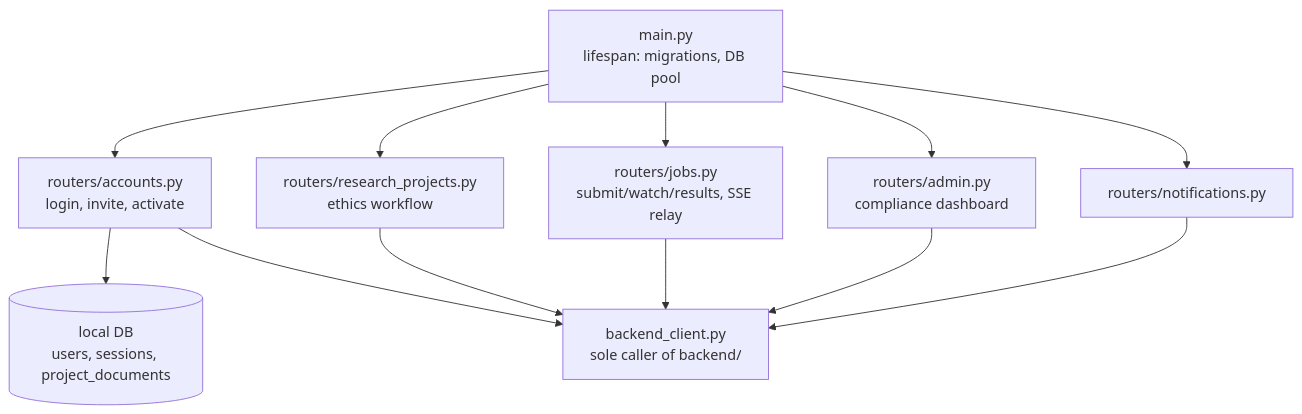
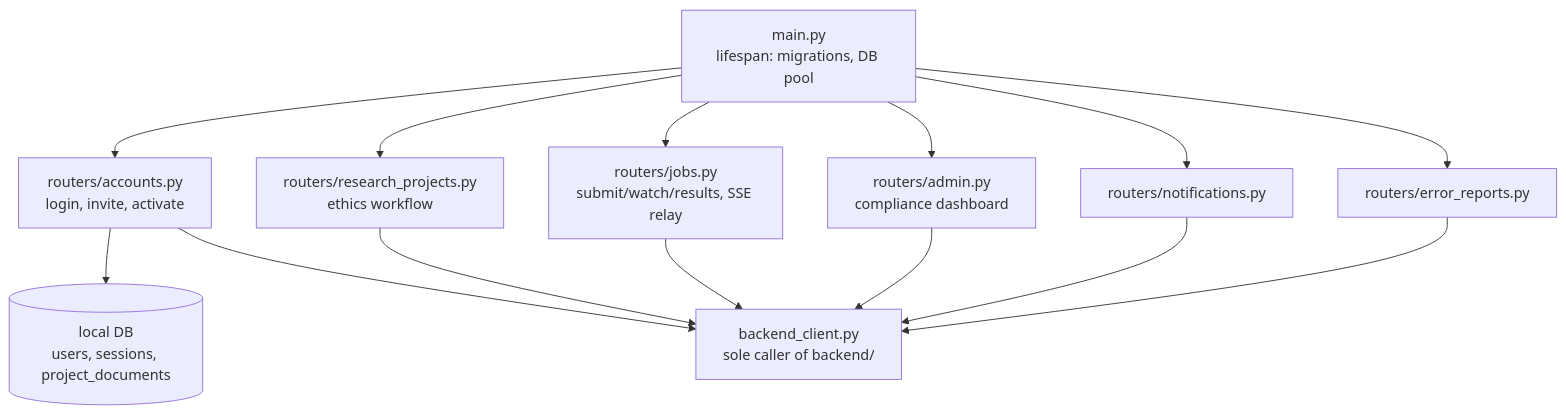
One commit to Christie-Scientific-Computing/HERMES changed the diagram in .architecture/domains/frontend_fastapi.md. Above: the diagram before and after it, drawn with Mermaid. The commit also changed other lines of this file and 2 other files, not shown here.

First line of the commit message:
Refresh architecture map for the ui-polish round + db-heads-merge changes

````diff
--- a/.architecture/domains/frontend_fastapi.md
+++ b/.architecture/domains/frontend_fastapi.md
@@ -16,23 +16,26 @@
 ```mermaid
 graph TD
     MAIN[main.py\nlifespan: migrations, DB pool]
     ACCOUNTS[routers/accounts.py\nlogin, invite, activate]
     PROJECTS[routers/research_projects.py\nethics workflow]
     JOBS[routers/jobs.py\nsubmit/watch/results, SSE relay]
     ADMIN[routers/admin.py\ncompliance dashboard]
     NOTIFS[routers/notifications.py]
+    ERRORREPORTS[routers/error_reports.py]
     CLIENT[backend_client.py\nsole caller of backend/]
     LOCALDB[(local DB\nusers, sessions, project_documents)]
 
     MAIN --> ACCOUNTS
     MAIN --> PROJECTS
     MAIN --> JOBS
     MAIN --> ADMIN
     MAIN --> NOTIFS
+    MAIN --> ERRORREPORTS
     ACCOUNTS --> LOCALDB
     ACCOUNTS --> CLIENT
     PROJECTS --> CLIENT
     JOBS --> CLIENT
     ADMIN --> CLIENT
     NOTIFS --> CLIENT
+    ERRORREPORTS --> CLIENT
 ```
````
